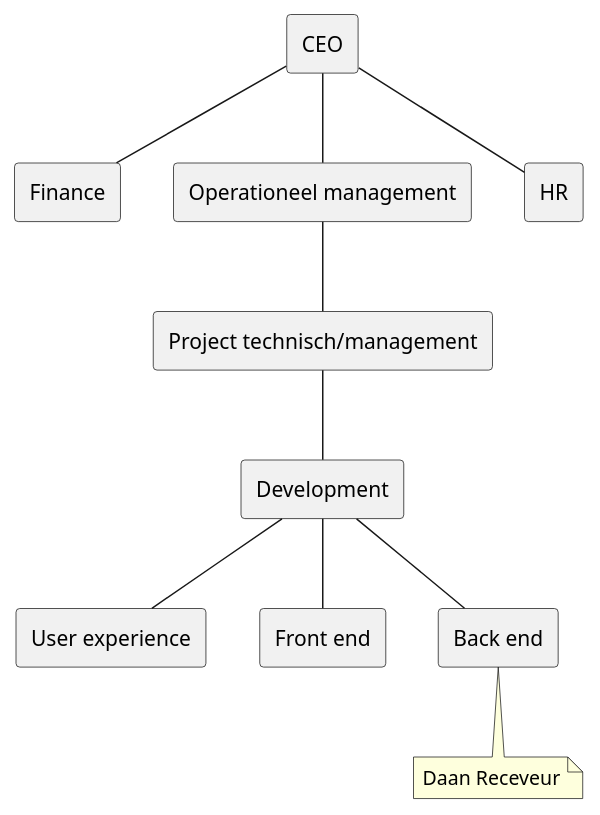
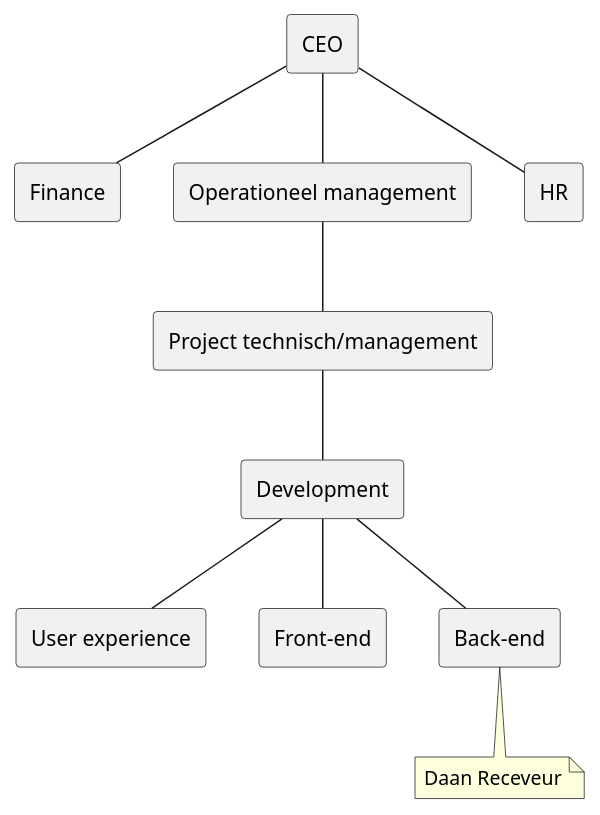
The diagram in Documentatie/PVA/PlanVanAanpak.md (DCReceveur/pre-afstudeer-docs), drawn with PlantUML before and after one commit. The commit also changed other lines of this file and 1 other file, not shown here.

````diff
--- a/Documentatie/PVA/PlanVanAanpak.md
+++ b/Documentatie/PVA/PlanVanAanpak.md
@@ -11,28 +35,28 @@
-```puml
+```plantuml
 rectangle CEO
 rectangle Finance 
 rectangle "Operationeel management" as OM
 rectangle HR
 
 rectangle "Project technisch/management" as PTM
 
 rectangle Development
 
 rectangle "User experience" as UX
-rectangle "Front end" as FE
-rectangle "Back end" as BE
+rectangle "Front-end" as FE
+rectangle "Back-end" as BE
 
 CEO -- Finance
 CEO -- OM
 CEO -- HR
 
 OM--PTM
 PTM--Development
 
 Development--UX
 Development--FE
 Development--BE
 note bottom
     Daan Receveur
 end note
 ```
````
